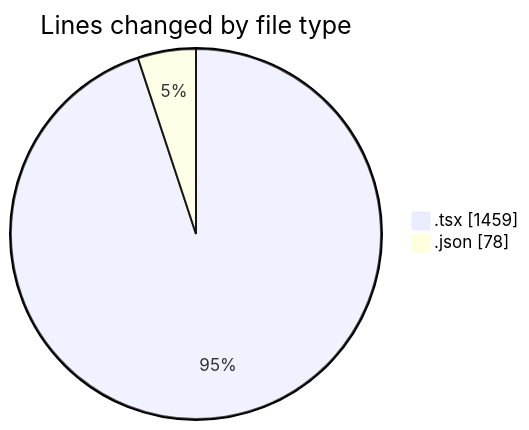
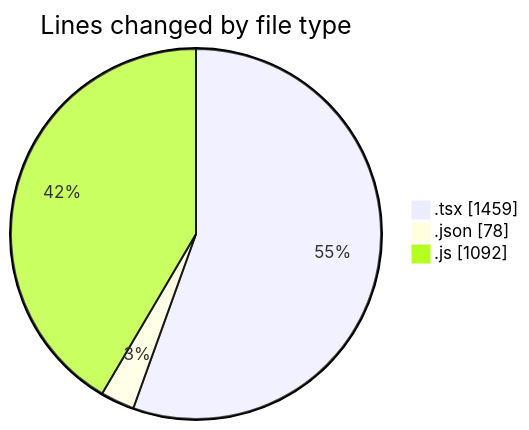
Before and after one commit to momahboobian/code-tracking: the first of 2 diagrams in 2026-10-19/cda/README.md, drawn with Mermaid. The commit also changed other lines of this file and 1 other file, not shown here.

````diff
--- a/2026-10-19/cda/README.md
+++ b/2026-10-19/cda/README.md
@@ -23,6 +24,7 @@
 ```mermaid
 pie showData
 title Lines changed by file type
 ".tsx" : 1459
 ".json" : 78
+".js" : 1092
 ```
````
